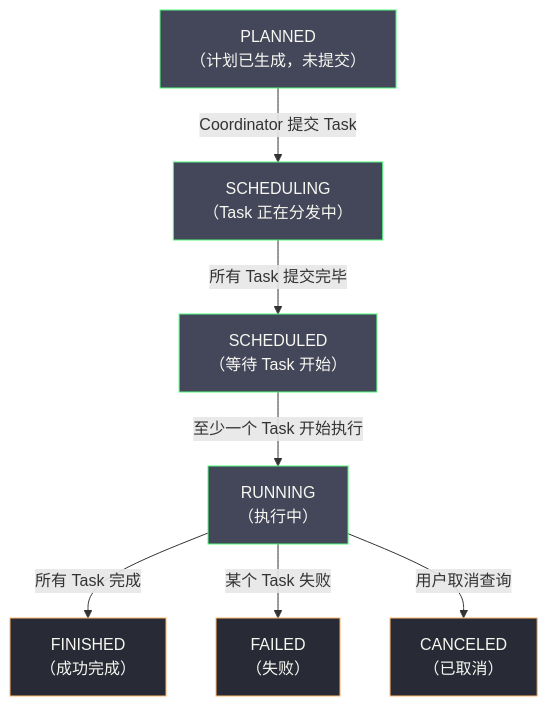
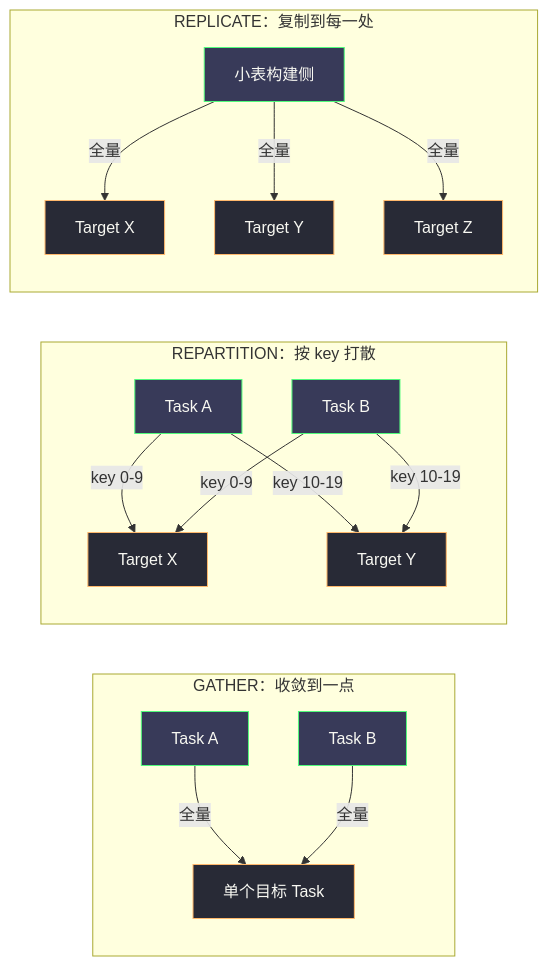
One commit to hpliStartAgain/my-brain changed the third of 6 diagrams in content/中间件/Trino/02 查询执行引擎——Stage、Task 与 Pipeline.md. Above: the diagram before and after it, drawn with Mermaid. The commit also changed other lines of this file and 455 other files, not shown here.

````diff
--- a/content/中间件/Trino/02 查询执行引擎——Stage、Task 与 Pipeline.md
+++ b/content/中间件/Trino/02 查询执行引擎——Stage、Task 与 Pipeline.md
@@ -94,15 +176,27 @@
 ```mermaid
-graph TD
-    classDef active fill:#44475a,stroke:#50fa7b,color:#f8f8f2
-    classDef terminal fill:#282a36,stroke:#ffb86c,color:#f8f8f2
+%%{init: {'theme': 'dracula'}}%%
+graph LR
+    classDef src fill:#383a59,stroke:#50fa7b,color:#f8f8f2
+    classDef dst fill:#282a36,stroke:#ffb86c,color:#f8f8f2
 
-    PLANNED["PLANNED<br/>（计划已生成，未提交）"] -->|"Coordinator 提交 Task"| SCHEDULING["SCHEDULING<br/>（Task 正在分发中）"]
-    SCHEDULING -->|"所有 Task 提交完毕"| SCHEDULED["SCHEDULED<br/>（等待 Task 开始）"]
-    SCHEDULED -->|"至少一个 Task 开始执行"| RUNNING["RUNNING<br/>（执行中）"]
-    RUNNING -->|"所有 Task 完成"| FINISHED["FINISHED<br/>（成功完成）"]
-    RUNNING -->|"某个 Task 失败"| FAILED["FAILED<br/>（失败）"]
-    RUNNING -->|"用户取消查询"| CANCELED["CANCELED<br/>（已取消）"]
+    subgraph G["GATHER：收敛到一点"]
+        G1["Task A"] -->|"全量"| G5["单个目标 Task"]
+        G2["Task B"] -->|"全量"| G5
+    end
 
-    class PLANNED,SCHEDULING,SCHEDULED,RUNNING active
-    class FINISHED,FAILED,CANCELED terminal
+    subgraph R["REPARTITION：按 key 打散"]
+        R1["Task A"] -->|"key 0-9"| R5["Target X"]
+        R1 -->|"key 10-19"| R6["Target Y"]
+        R2["Task B"] -->|"key 0-9"| R5
+        R2 -->|"key 10-19"| R6
+    end
+
+    subgraph P["REPLICATE：复制到每一处"]
+        P1["小表构建侧"] -->|"全量"| P5["Target X"]
+        P1 -->|"全量"| P6["Target Y"]
+        P1 -->|"全量"| P7["Target Z"]
+    end
+
+    class G1,G2,R1,R2,P1 src
+    class G5,R5,R6,P5,P6,P7 dst
 ```
````
